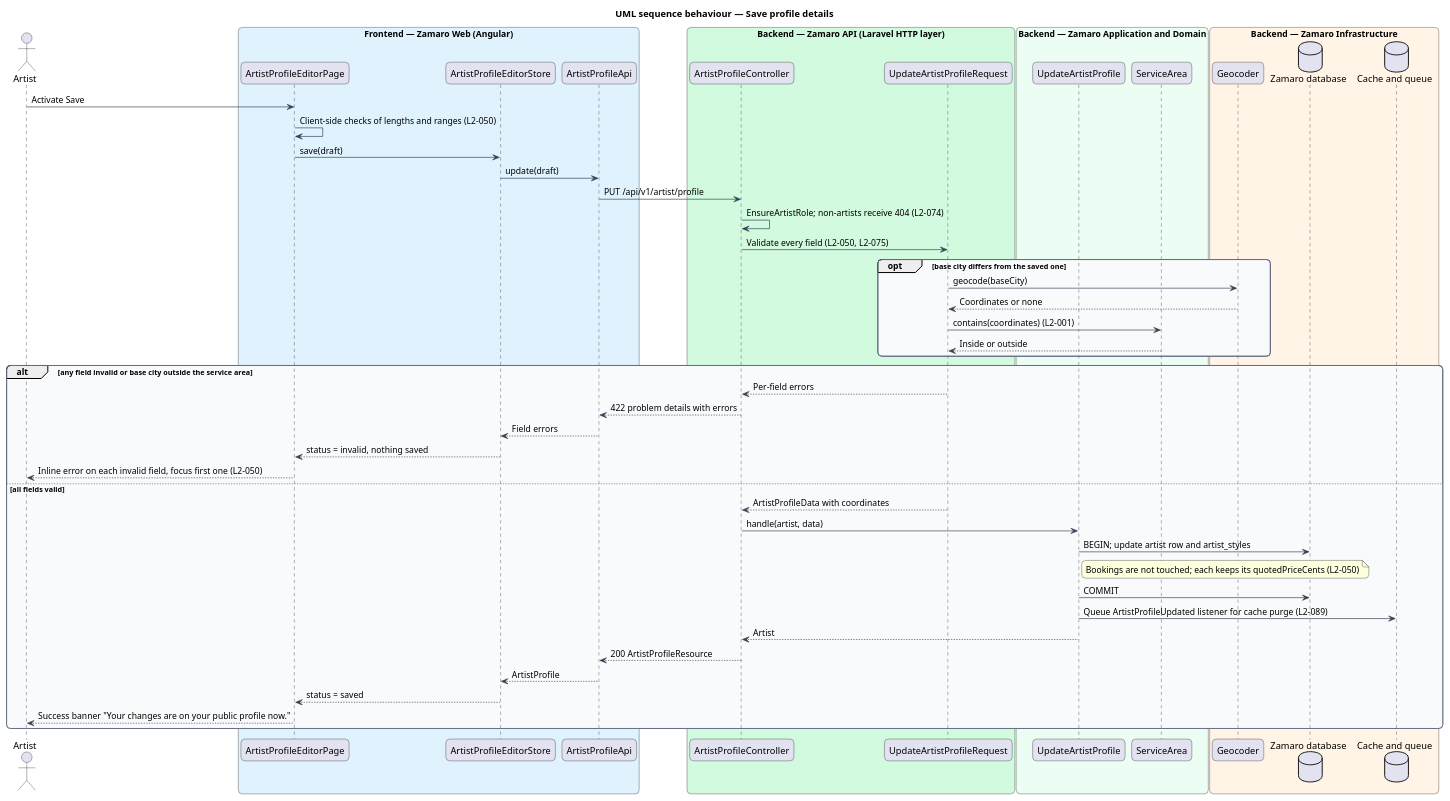
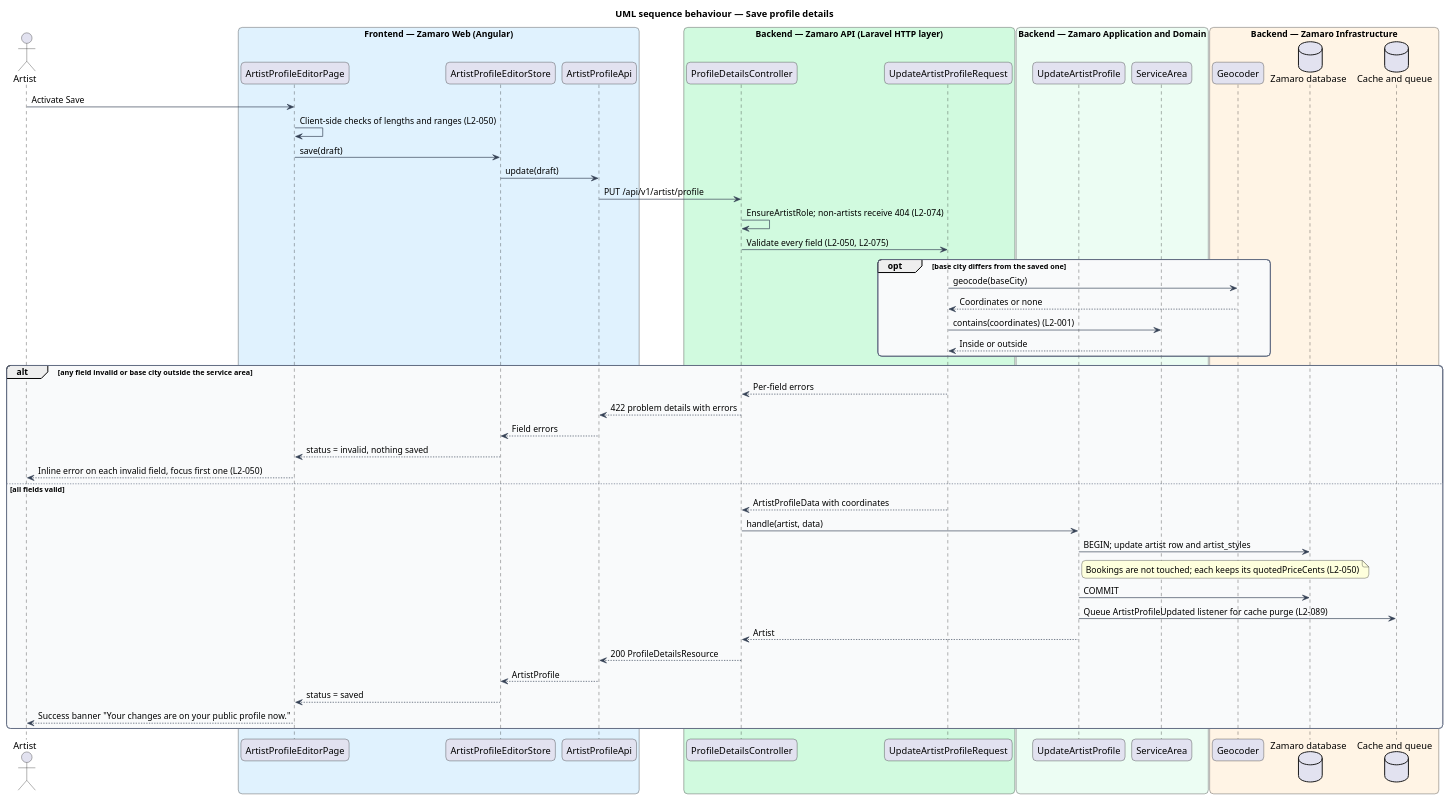
Before and after one commit to QuinntyneBrown/zamaro: the diagram in docs/detailed-designs/artist-workspace/edit-profile-details/diagrams/sequence-save-profile-details.puml, drawn with PlantUML. The commit also changed 11 other files, not shown here.

First line of the commit message:
docs(adr): 0008 artist profile names; record the profile as built in S11

```diff
--- a/docs/detailed-designs/artist-workspace/edit-profile-details/diagrams/sequence-save-profile-details.puml
+++ b/docs/detailed-designs/artist-workspace/edit-profile-details/diagrams/sequence-save-profile-details.puml
@@ -1,69 +1,69 @@
 @startuml
 title UML sequence behaviour — Save profile details
 skinparam backgroundColor #FFFFFF
 skinparam shadowing false
 skinparam roundcorner 12
 skinparam defaultFontName Arial
 skinparam ArrowColor #344054
 skinparam rectangle {
   BorderColor #344054
   FontColor #101828
 }
 skinparam package {
   BorderColor #667085
   FontColor #101828
   BackgroundColor #F9FAFB
 }
 actor "Artist" as actor
 box "Frontend — Zamaro Web (Angular)" #E0F2FE
   participant "ArtistProfileEditorPage" as page
   participant "ArtistProfileEditorStore" as store
   participant "ArtistProfileApi" as client
 end box
 box "Backend — Zamaro API (Laravel HTTP layer)" #D1FADF
-  participant "ArtistProfileController" as controller
+  participant "ProfileDetailsController" as controller
   participant "UpdateArtistProfileRequest" as req
 end box
 box "Backend — Zamaro Application and Domain" #ECFDF3
   participant "UpdateArtistProfile" as action
   participant "ServiceArea" as area
 end box
 box "Backend — Zamaro Infrastructure" #FFF4E5
   participant "Geocoder" as geo
   database "Zamaro database" as db
   database "Cache and queue" as cache
 end box
 
 actor -> page : Activate Save
 page -> page : Client-side checks of lengths and ranges (L2-050)
 page -> store : save(draft)
 store -> client : update(draft)
 client -> controller : PUT /api/v1/artist/profile
 controller -> controller : EnsureArtistRole; non-artists receive 404 (L2-074)
 controller -> req : Validate every field (L2-050, L2-075)
 opt base city differs from the saved one
   req -> geo : geocode(baseCity)
   geo --> req : Coordinates or none
   req -> area : contains(coordinates) (L2-001)
   area --> req : Inside or outside
 end
 alt any field invalid or base city outside the service area
   req --> controller : Per-field errors
   controller --> client : 422 problem details with errors
   client --> store : Field errors
   store --> page : status = invalid, nothing saved
   page --> actor : Inline error on each invalid field, focus first one (L2-050)
 else all fields valid
   req --> controller : ArtistProfileData with coordinates
   controller -> action : handle(artist, data)
   action -> db : BEGIN; update artist row and artist_styles
   note right of action : Bookings are not touched; each keeps its quotedPriceCents (L2-050)
   action -> db : COMMIT
   action -> cache : Queue ArtistProfileUpdated listener for cache purge (L2-089)
   action --> controller : Artist
-  controller --> client : 200 ArtistProfileResource
+  controller --> client : 200 ProfileDetailsResource
   client --> store : ArtistProfile
   store --> page : status = saved
   page --> actor : Success banner "Your changes are on your public profile now."
 end
 @enduml
```
